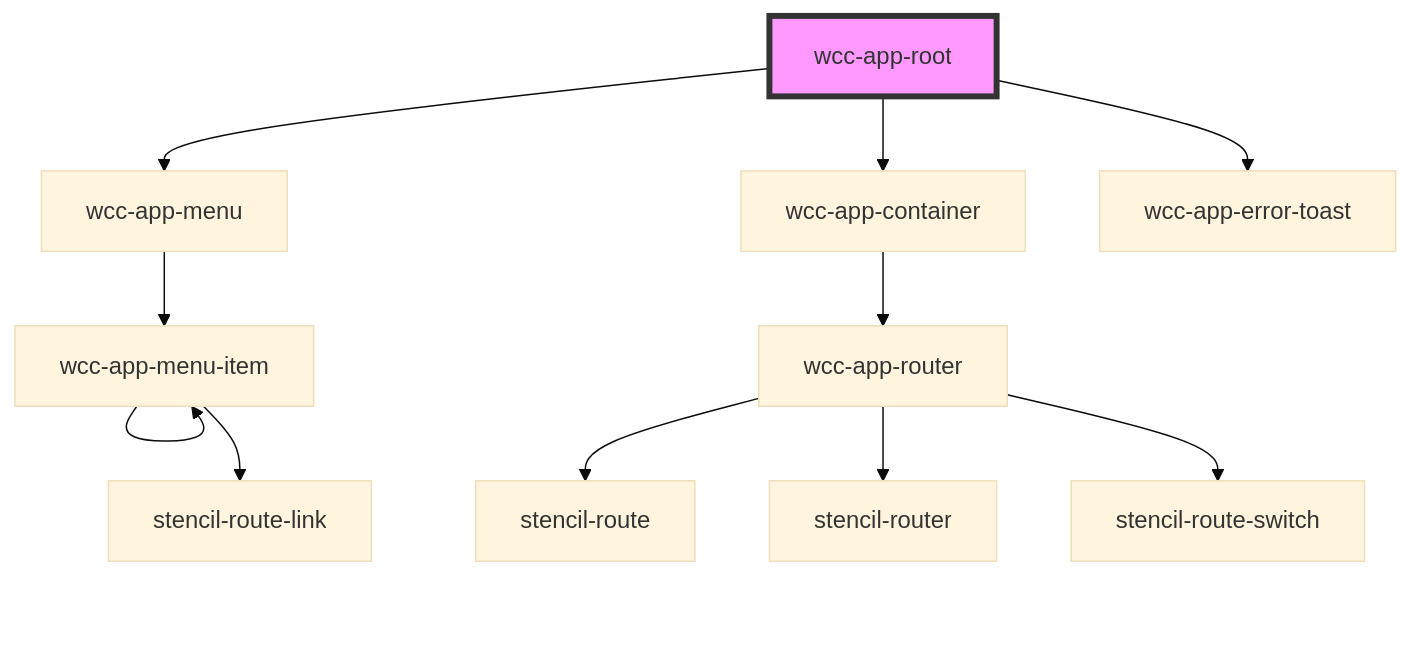
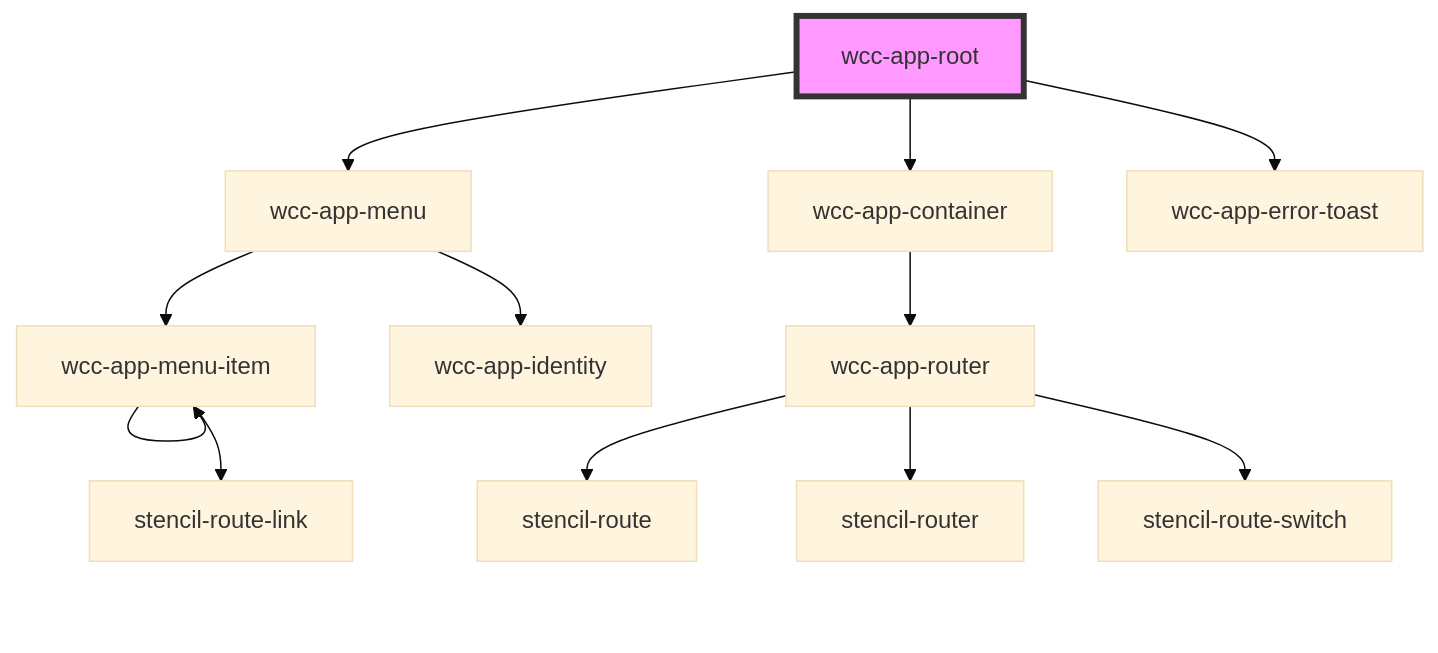
The diagram in src/components/wcc-app/wcc-app-root/readme.md (webcardinal/webcardinal-core), drawn with Mermaid (base theme) before and after one commit. The commit also changed 2 other files, not shown here.

````diff
--- a/src/components/wcc-app/wcc-app-root/readme.md
+++ b/src/components/wcc-app/wcc-app-root/readme.md
@@ -32,14 +32,15 @@
 ```mermaid
 graph TD;
   wcc-app-root --> wcc-app-menu
   wcc-app-root --> wcc-app-container
   wcc-app-root --> wcc-app-error-toast
   wcc-app-menu --> wcc-app-menu-item
+  wcc-app-menu --> wcc-app-identity
   wcc-app-menu-item --> wcc-app-menu-item
   wcc-app-menu-item --> stencil-route-link
   wcc-app-container --> wcc-app-router
   wcc-app-router --> stencil-route
   wcc-app-router --> stencil-router
   wcc-app-router --> stencil-route-switch
   style wcc-app-root fill:#f9f,stroke:#333,stroke-width:4px
 ```
````
